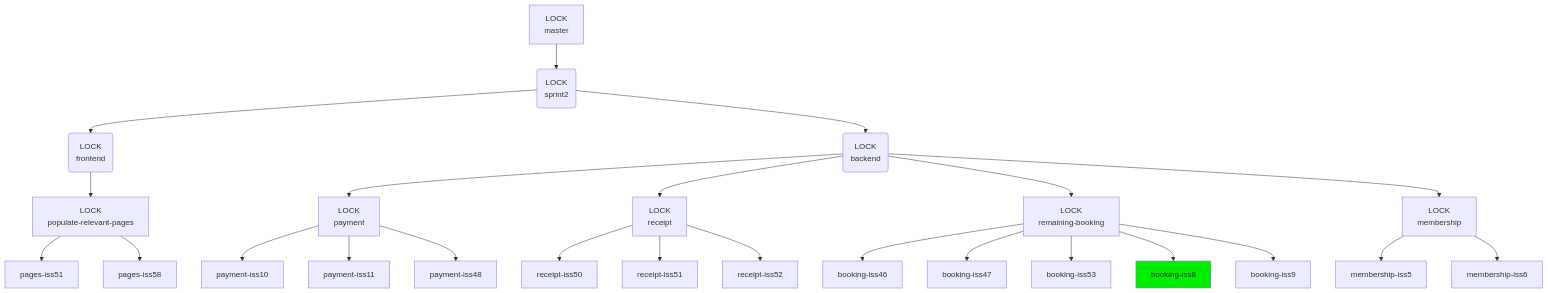
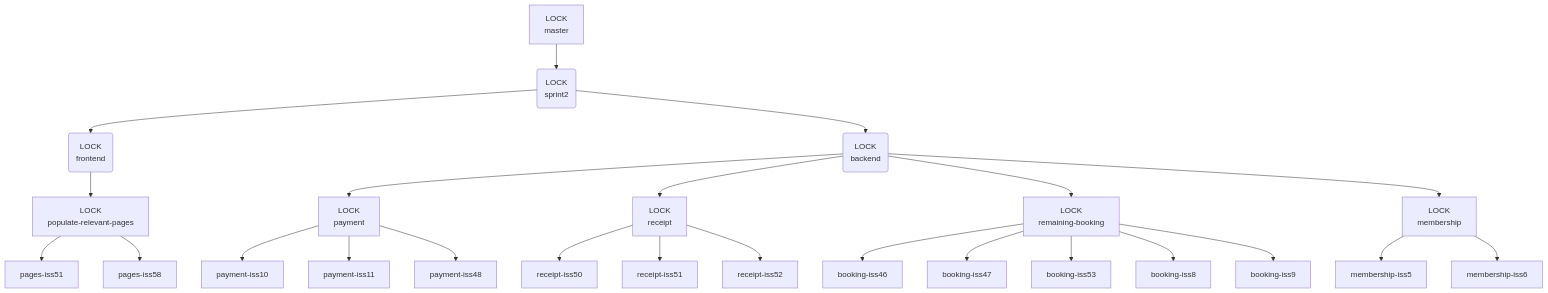
One commit to jtarbard/Software-Engineering-Project-Wiki changed the diagram in Documentation/Git-Branching-Structure.md. Above: the diagram before and after it, drawn with Mermaid. The commit also changed other lines of this file, not shown here.

````diff
--- a/Documentation/Git-Branching-Structure.md
+++ b/Documentation/Git-Branching-Structure.md
@@ -33,35 +77,33 @@
 ```mermaid
 graph TD
   master[LOCK <br> master] --> sprint2(LOCK <br> sprint2)
   sprint2 --> frontend(LOCK <br> frontend)
   sprint2 --> backend(LOCK <br> backend)
 
   frontend --> pages[LOCK <br> populate-relevant-pages]
 
   pages --> pages-iss51
   pages --> pages-iss58
 
   backend --> payment[LOCK <br> payment]
   backend --> receipt[LOCK <br> receipt]
   backend --> booking[LOCK <br> remaining-booking]
   backend --> membership[LOCK <br> membership]
 
   booking --> booking-iss46
   booking --> booking-iss47
   booking --> booking-iss53
   booking --> booking-iss8
   booking --> booking-iss9
 
-  style booking-iss8 fill:#00EE00
-
   payment --> payment-iss10
   payment --> payment-iss11
   payment --> payment-iss48
   
   receipt --> receipt-iss50
   receipt --> receipt-iss51
   receipt --> receipt-iss52
   
   membership --> membership-iss5
   membership --> membership-iss6
 ```
````
